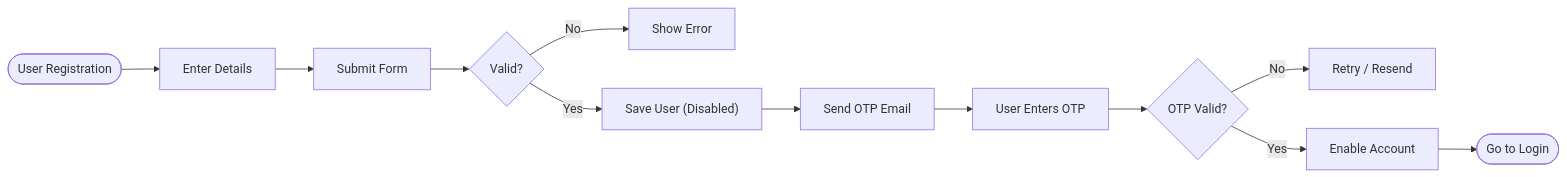
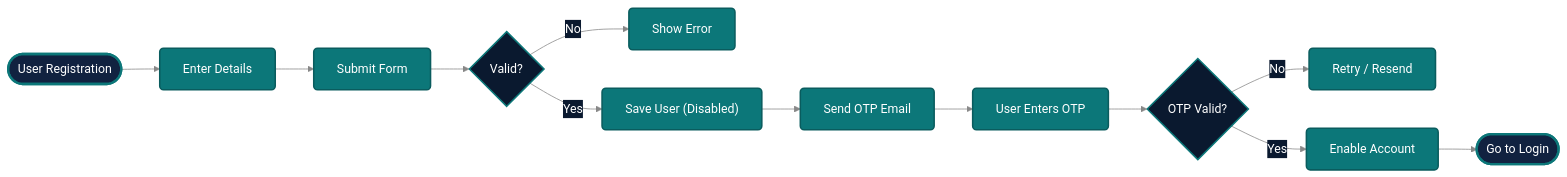
Before and after one commit to himanshugupta91/Full-Stack-Authentication-System: the third of 5 diagrams in README.md, drawn with Mermaid. The commit also changed other lines of this file, not shown here.

Commit message:
docs: improve structure, design diagrams, and add real-world Spring Boot Q&A

````diff
--- a/README.md
+++ b/README.md
@@ -126,14 +138,22 @@
 ```mermaid
+%%{init: {'theme': 'base', 'themeVariables': {'primaryColor': '#0C7779', 'primaryTextColor': '#ffffff', 'primaryBorderColor': '#0A5C5E', 'lineColor': '#888888', 'secondaryColor': '#0A192F', 'tertiaryColor': '#112240', 'fontFamily': 'Inter, sans-serif'}}}%%
 graph LR
     Start(["User Registration"]) --> Register["Enter Details"]
     Register --> Submit["Submit Form"]
     Submit --> Backend{"Valid?"}
     Backend -- No --> Error["Show Error"]
     Backend -- Yes --> DB["Save User (Disabled)"]
     DB --> Email["Send OTP Email"]
     Email --> Verify["User Enters OTP"]
     Verify --> Check{"OTP Valid?"}
     Check -- No --> ReEnter["Retry / Resend"]
     Check -- Yes --> Enable["Enable Account"]
     Enable --> Login(["Go to Login"])
+
+    classDef default fill:#0C7779,stroke:#0A5C5E,stroke-width:2px,color:#fff,rx:5px,ry:5px;
+    classDef decision fill:#0A192F,stroke:#0C7779,stroke-width:2px,color:#fff;
+    classDef startEnd fill:#112240,stroke:#0C7779,stroke-width:3px,color:#fff,rx:20px,ry:20px;
+    
+    class Backend,Check decision;
+    class Start,Login startEnd;
 ```
````
